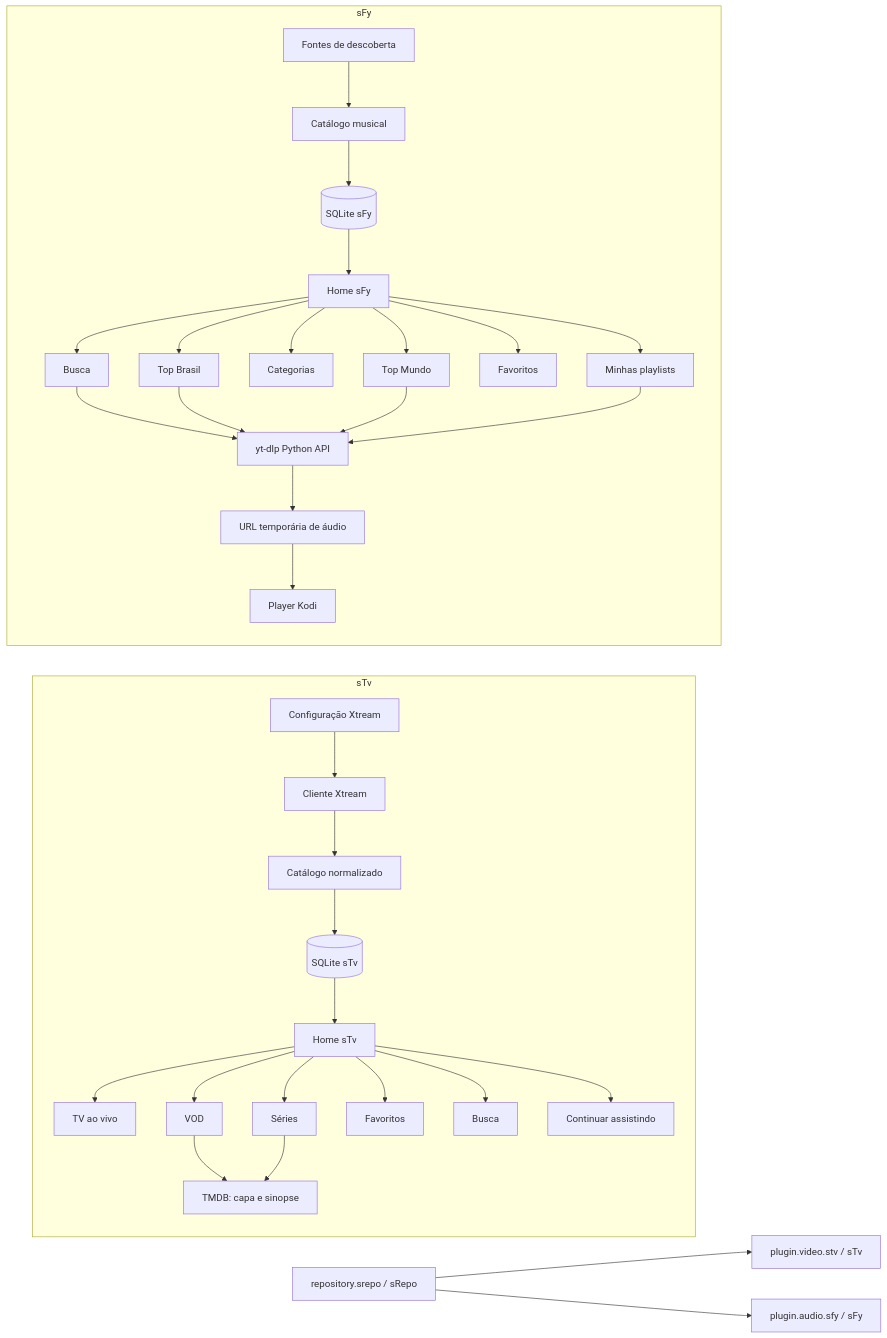
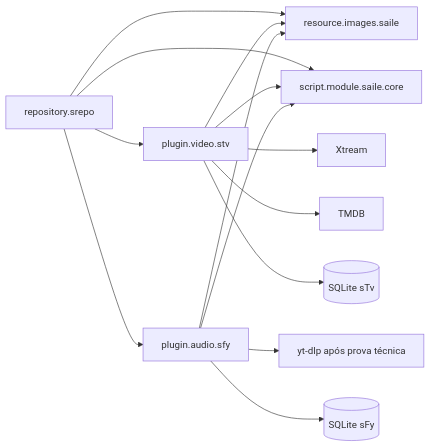
One commit to Bruno1991/saile-repo-dev changed the diagram in ROADMAP_ARCHITECTURE.md. Above: the diagram before and after it, drawn with Mermaid. The commit also changed other lines of this file and 177 other files, not shown here.

````diff
--- a/ROADMAP_ARCHITECTURE.md
+++ b/ROADMAP_ARCHITECTURE.md
@@ -5,38 +5,17 @@
 ```mermaid
 flowchart LR
-    SR[repository.srepo / sRepo] --> STV[plugin.video.stv / sTv]
-    SR --> SFY[plugin.audio.sfy / sFy]
+  REPO[repository.srepo] --> ART[resource.images.saile]
+  REPO --> CORE[script.module.saile.core]
+  REPO --> STV[plugin.video.stv]
+  REPO --> SFY[plugin.audio.sfy]
+  STV --> CORE
+  STV --> ART
+  SFY --> CORE
+  SFY --> ART
 
-    subgraph TV[sTv]
-      XCFG[Configuração Xtream] --> XAPI[Cliente Xtream]
-      XAPI --> XCAT[Catálogo normalizado]
-      XCAT --> XDB[(SQLite sTv)]
-      XDB --> THOME[Home sTv]
-      THOME --> LIVE[TV ao vivo]
-      THOME --> VOD[VOD]
-      THOME --> SERIES[Séries]
-      THOME --> TFAV[Favoritos]
-      THOME --> TSEARCH[Busca]
-      THOME --> CONT[Continuar assistindo]
-      VOD --> TMDB[TMDB: capa e sinopse]
-      SERIES --> TMDB
-    end
-
-    subgraph MUSIC[sFy]
-      YSRC[Fontes de descoberta] --> MCAT[Catálogo musical]
-      MCAT --> MDB[(SQLite sFy)]
-      MDB --> MHOME[Home sFy]
-      MHOME --> BR[Top Brasil]
-      MHOME --> WORLD[Top Mundo]
-      MHOME --> CATS[Categorias]
-      MHOME --> PL[Minhas playlists]
-      MHOME --> MFAV[Favoritos]
-      MHOME --> MSEARCH[Busca]
-      MSEARCH --> YTDLP[yt-dlp Python API]
-      BR --> YTDLP
-      WORLD --> YTDLP
-      PL --> YTDLP
-      YTDLP --> AUDIO[URL temporária de áudio]
-      AUDIO --> KPLAYER[Player Kodi]
-    end
+  STV --> X[Xtream]
+  STV --> T[TMDB]
+  STV --> DB1[(SQLite sTv)]
+  SFY --> Y[yt-dlp após prova técnica]
+  SFY --> DB2[(SQLite sFy)]
 ```
````
